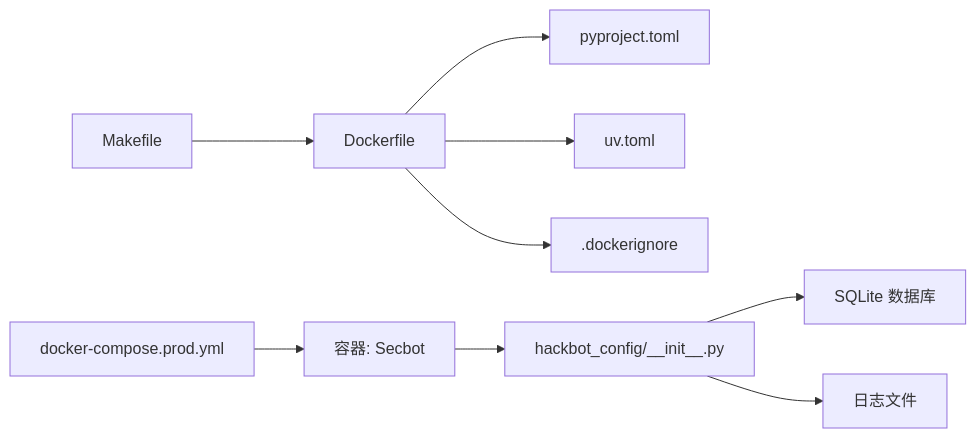
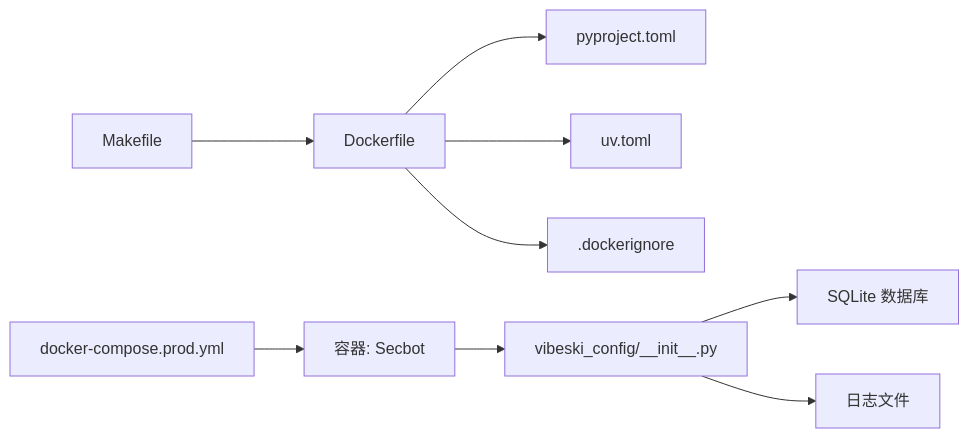
Before and after one commit to crabin/VIBESKI: the seventh of 7 diagrams in .qoder/repowiki/zh/content/部署与运维/Docker容器化部署.md, drawn with Mermaid. The commit also changed other lines of this file and 170 other files, not shown here.

Commit message:
chore: rename all secbot/hackbot identifiers to vibeski

````diff
--- a/.qoder/repowiki/zh/content/部署与运维/Docker容器化部署.md
+++ b/.qoder/repowiki/zh/content/部署与运维/Docker容器化部署.md
@@ -275,11 +275,11 @@
 ```mermaid
 graph LR
 M["Makefile"] --> DF["Dockerfile"]
 DF --> PP["pyproject.toml"]
 DF --> UT["uv.toml"]
 DF --> DI[".dockerignore"]
 DC["docker-compose.prod.yml"] --> C["容器: Secbot"]
-C --> CFG["hackbot_config/__init__.py"]
+C --> CFG["vibeski_config/__init__.py"]
 CFG --> DB["SQLite 数据库"]
 CFG --> LOG["日志文件"]
 ```
````
